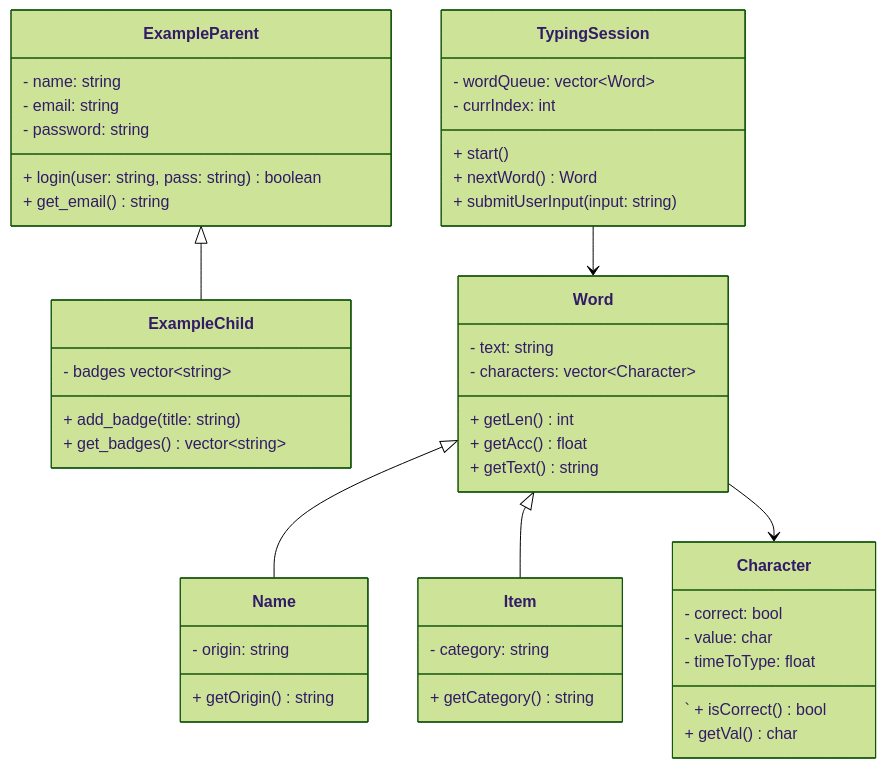
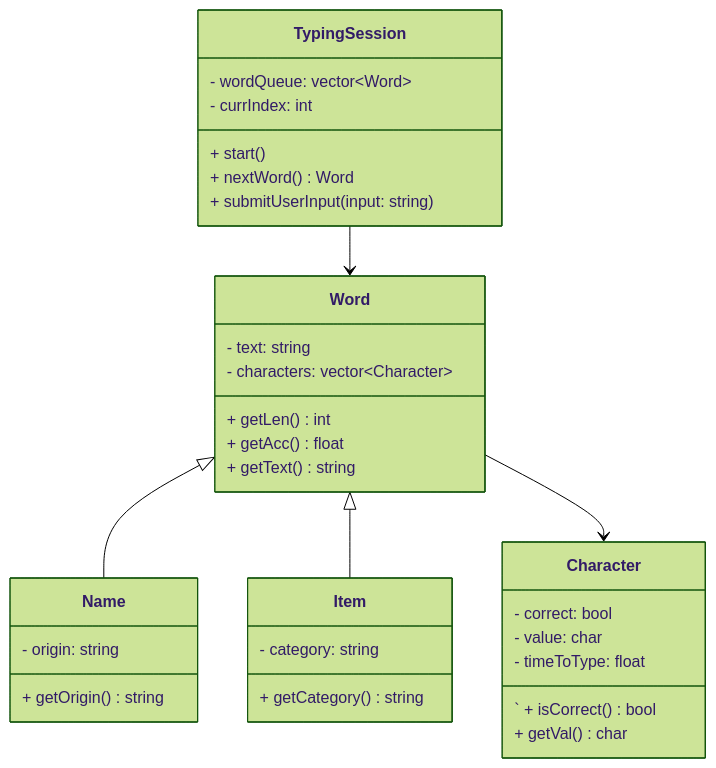
Before and after one commit to impxcts/tippitytappity-design: the diagram in README.md, drawn with Mermaid (forest theme).

Commit message:
Added classes that would be useful for a program to help improve the user's typing

````diff
--- a/README.md
+++ b/README.md
@@ -8,49 +8,36 @@
 ```mermaid
 classDiagram
-  ExampleParent <|-- ExampleChild
-  class ExampleParent{
-        - name: string
-        - email: string
-        - password: string
-        + login(user: string, pass: string) boolean
-        + get_email() string
-  }
-  class ExampleChild{
-        - badges vector~string~
-        + add_badge(title: string)
-        + get_badges() vector~string~
-  }
   Word <|-- Name
   Word <|-- Item
   Word --> Character
 TypingSession --> Word
 class Character{
         - correct: bool
         - value: char
         - timeToType: float
   `     + isCorrect() bool
         + getVal() char
   }
 class Word{
         - text: string
         - characters: vector~Character~
         + getLen() int
         + getAcc() float
         + getText() string
 }
 class Name{
         - origin: string
         + getOrigin() string
 }
 class Item{
         - category: string
         + getCategory() string
 }
 class TypingSession{
         - wordQueue: vector~Word~
         - currIndex: int
         + start()
         + nextWord() Word
         + submitUserInput(input: string)
 }
 ```
````
